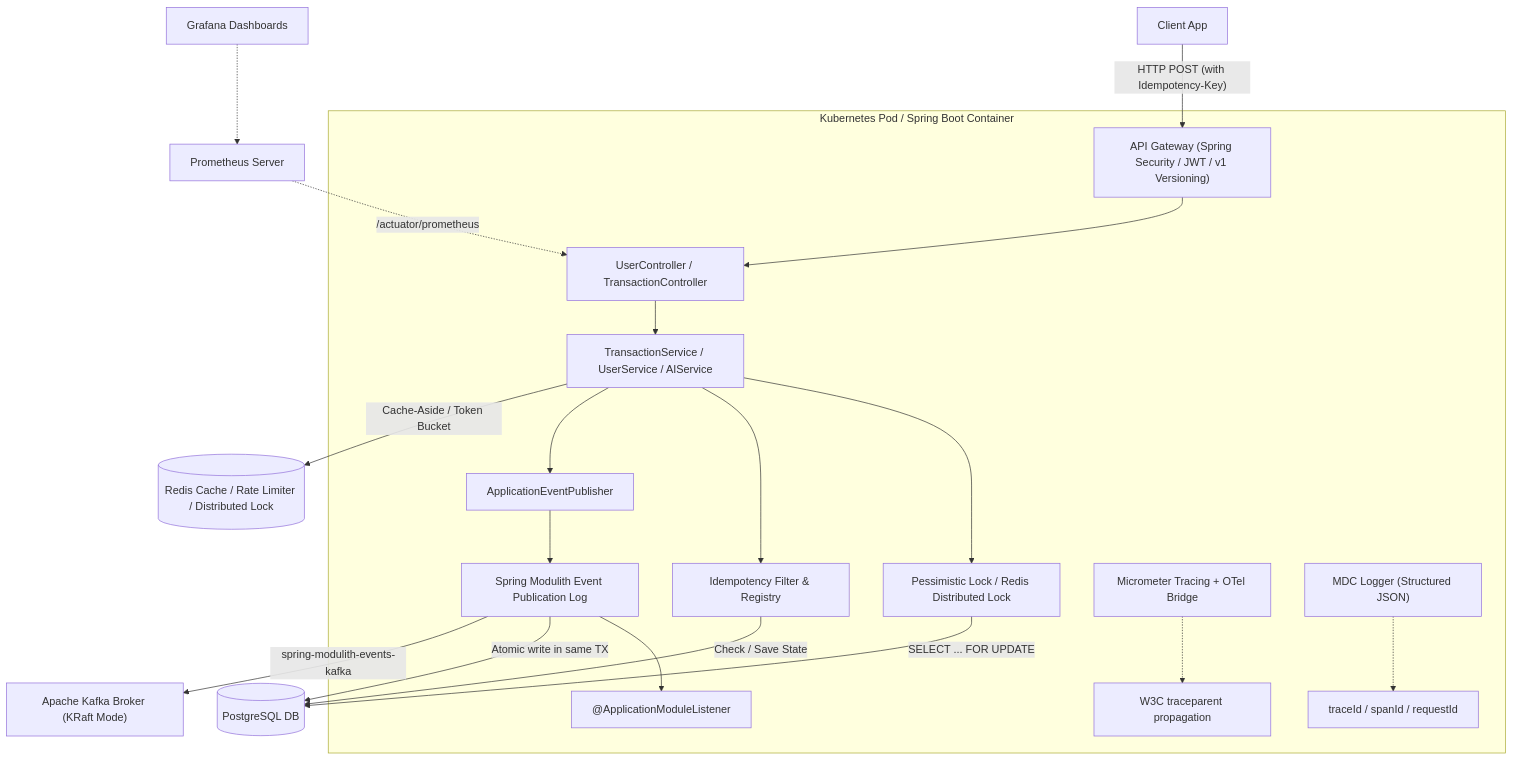
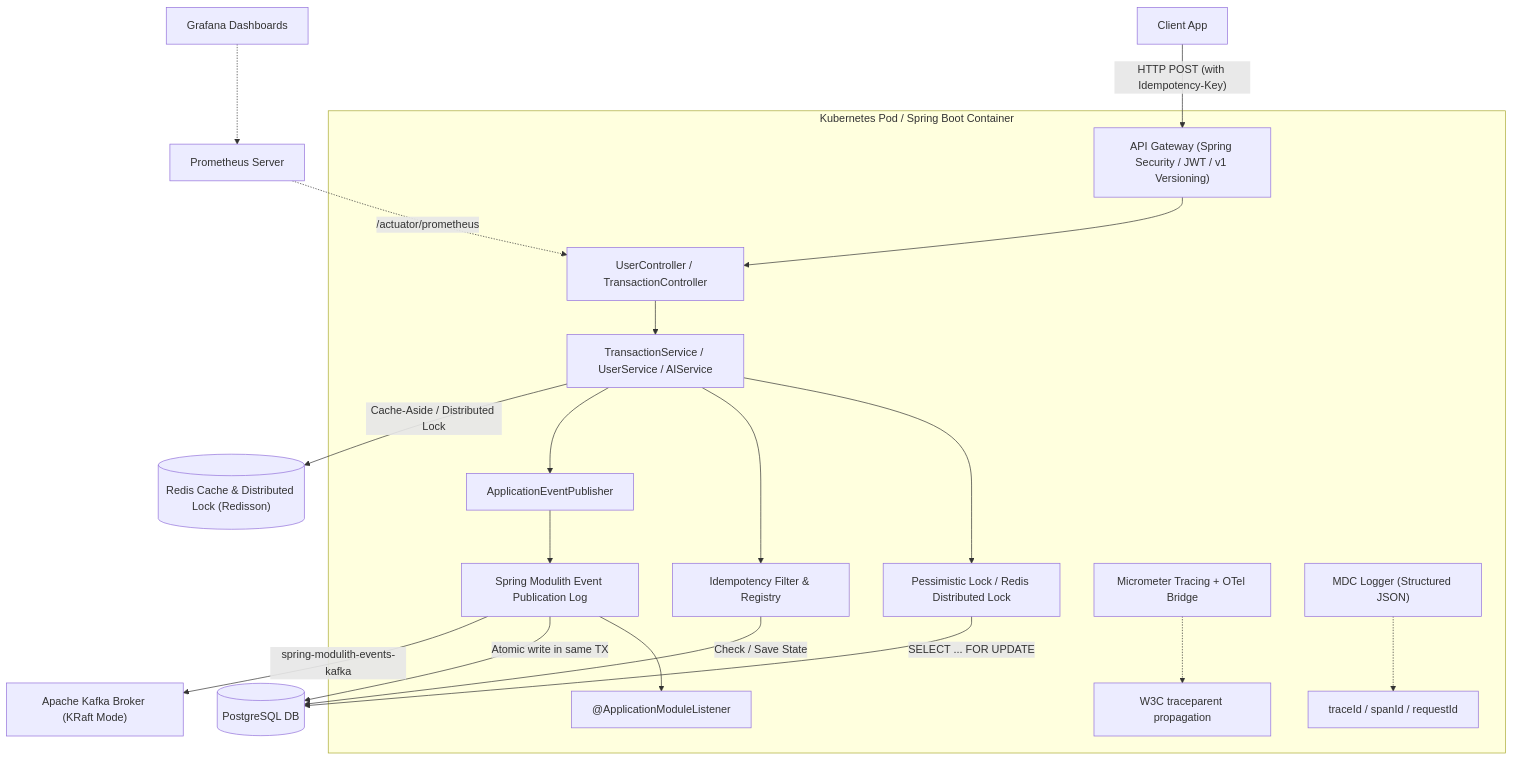
One commit to shashankch/payflow-api changed the first of 10 diagrams in docs/ARCHITECTURE.md. Above: the diagram before and after it, drawn with Mermaid. The commit also changed other lines of this file and 53 other files, not shown here.

````diff
--- a/docs/ARCHITECTURE.md
+++ b/docs/ARCHITECTURE.md
@@ -72,33 +72,33 @@
 ```mermaid
 graph TD
     %% Clients and Gateway
     Client["Client App"] -- "HTTP POST (with Idempotency-Key)" --> Gateway["API Gateway (Spring Security / JWT / v1 Versioning)"]
 
     subgraph "Kubernetes Pod / Spring Boot Container"
         Gateway --> Controller["UserController / TransactionController"]
         Controller --> Service["TransactionService / UserService / AIService"]
         Service --> Locking["Pessimistic Lock / Redis Distributed Lock"]
         Service --> Idempotency["Idempotency Filter & Registry"]
         Service --> EventPub["ApplicationEventPublisher"]
         EventPub --> ModulithLog["Spring Modulith Event Publication Log"]
         ModulithLog --> EventListener["@ApplicationModuleListener"]
         
         %% Observability
         Tracing["Micrometer Tracing + OTel Bridge"] -.-> TraceOut["W3C traceparent propagation"]
         Logging["MDC Logger (Structured JSON)"] -.-> LogOut["traceId / spanId / requestId"]
     end
 
     %% Databases & Cache
     Locking -- "SELECT ... FOR UPDATE" --> PostgresDB[("PostgreSQL DB")]
     Idempotency -- "Check / Save State" --> PostgresDB
     ModulithLog -- "Atomic write in same TX" --> PostgresDB
     
-    Service -- "Cache-Aside / Token Bucket" --> Redis[("Redis Cache / Rate Limiter / Distributed Lock")]
+    Service -- "Cache-Aside / Distributed Lock" --> Redis[("Redis Cache & Distributed Lock (Redisson)")]
 
     %% Kafka bridge (Phase 9A)
     ModulithLog -- "spring-modulith-events-kafka" --> Kafka["Apache Kafka Broker (KRaft Mode)"]
 
     %% Observers
     Prometheus["Prometheus Server"] -.->|"/actuator/prometheus"| Controller
     Grafana["Grafana Dashboards"] -.-> Prometheus
 ```
````
